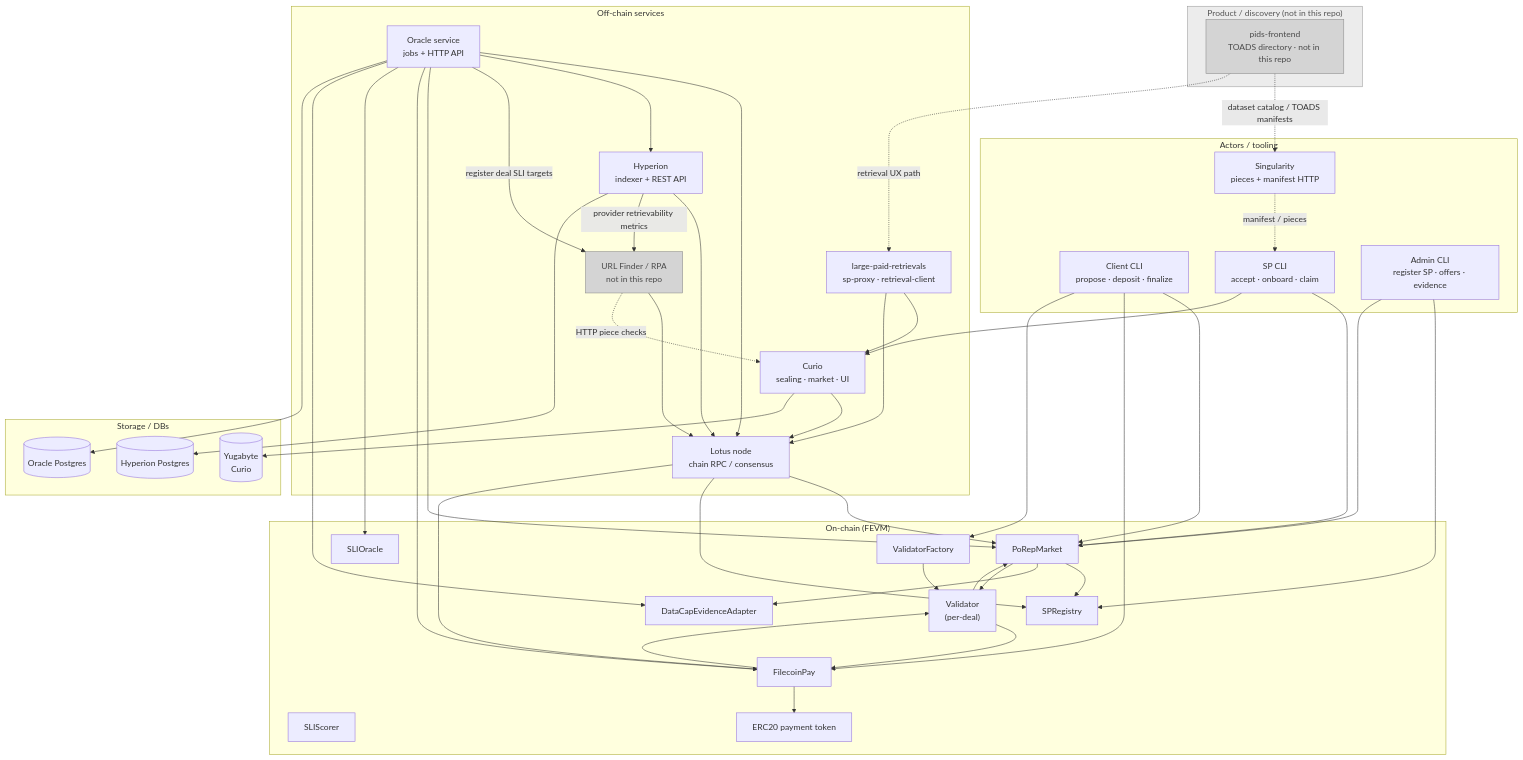
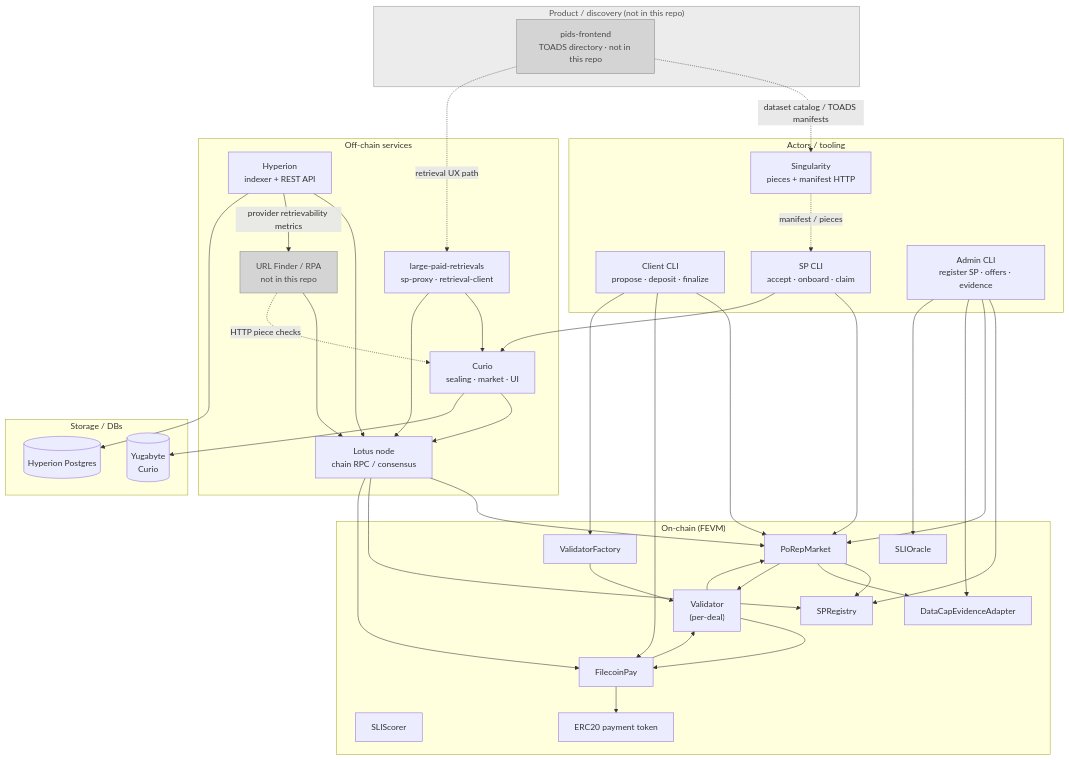
Before and after one commit to fidlabs/FCSS-devnet: the first of 12 diagrams in ARCHITECTURE.md, drawn with Mermaid. The commit also changed other lines of this file and 28 other files, not shown here.

```diff
--- a/ARCHITECTURE.md
+++ b/ARCHITECTURE.md
@@ -22,7 +22,6 @@
   end
 
   subgraph OffChain["Off-chain services"]
-    Oracle["Oracle service<br/>jobs + HTTP API"]
     Hyperion["Hyperion<br/>indexer + REST API"]
     URLFinder["URL Finder / RPA<br/>not in this repo"]
     Curio["Curio<br/>sealing · market · UI"]
@@ -44,7 +43,6 @@
 
   subgraph Storage["Storage / DBs"]
     YB[(Yugabyte<br/>Curio)]
-    OracleDB[(Oracle Postgres)]
     HyperionDB[(Hyperion Postgres)]
   end
 
@@ -63,13 +61,6 @@
   Retrievals --> Curio
   Retrievals --> Lotus
 
-  Oracle --> Lotus
-  Oracle --> Hyperion
-  Oracle -->|register deal SLI targets| URLFinder
-  Oracle --> PoRep
-  Oracle --> Pay
-  Oracle --> SLIOracle
-  Oracle --> Evidence
   Hyperion --> Lotus
   Hyperion -->|provider retrievability metrics| URLFinder
   URLFinder --> Lotus
@@ -88,8 +79,9 @@
   Validator --> PoRep
   Pay --> Token
   Pay --> Validator
+  AdminCLI --> Evidence
+  AdminCLI --> SLIOracle
 
-  Oracle --> OracleDB
   Hyperion --> HyperionDB
 
   classDef external fill:#d4d4d4,stroke:#8a8a8a,color:#4a4a4a
```
